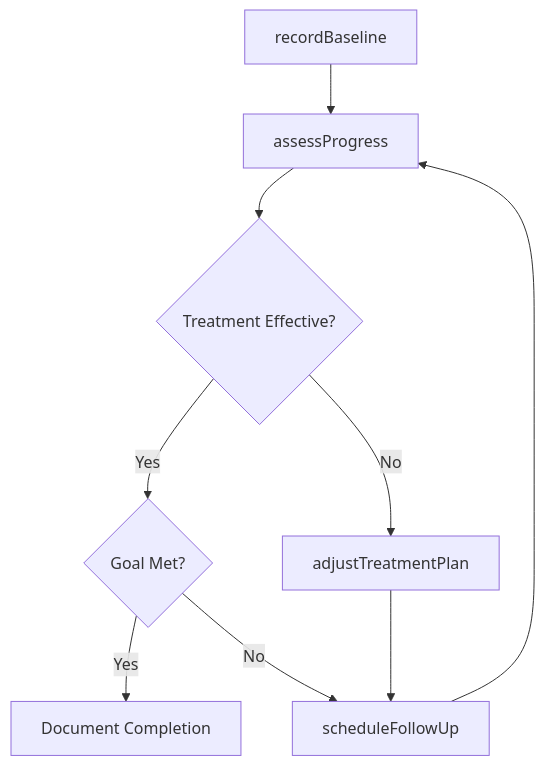
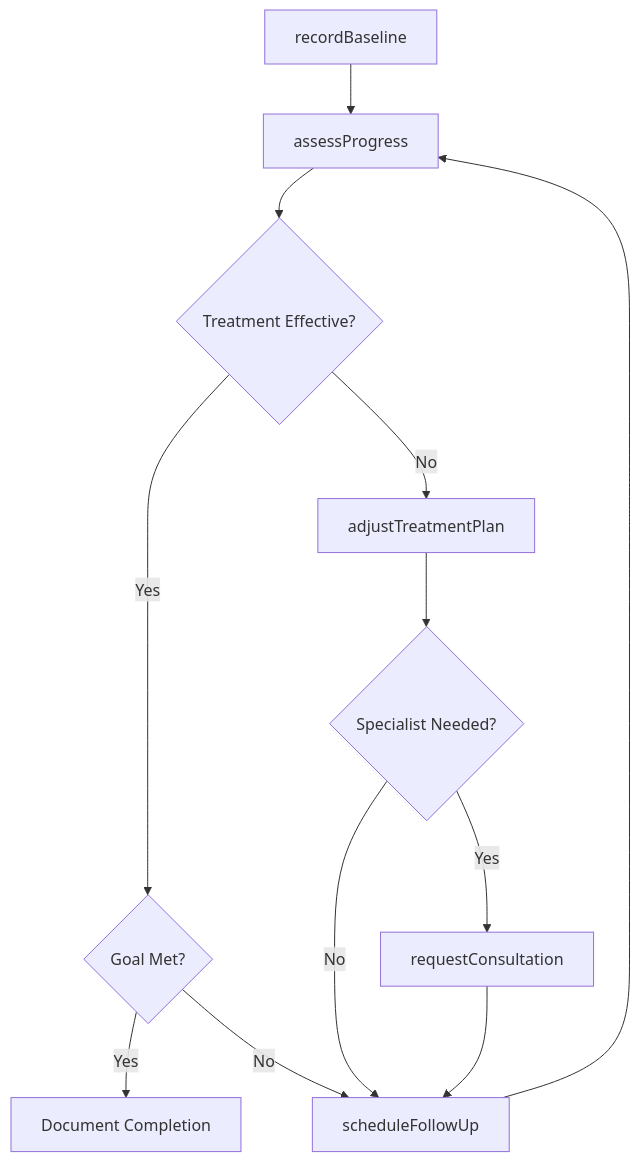
One commit to dot-org-ai/tasks.org.ai changed the third of 4 diagrams in MonitoringProcessesMaterialsOrSurroundings/MonitorHealthConditionsOfHumansOrAnimals/MonitorPatientProgressResponsesTreatments.mdx. Above: the diagram before and after it, drawn with Mermaid. The commit also changed other lines of this file and 504 other files, not shown here.

First line of the commit message:
feat: Add ER diagrams, state diagrams, and workflow improvements to 96 DWA task files

````diff
--- a/MonitoringProcessesMaterialsOrSurroundings/MonitorHealthConditionsOfHumansOrAnimals/MonitorPatientProgressResponsesTreatments.mdx
+++ b/MonitoringProcessesMaterialsOrSurroundings/MonitorHealthConditionsOfHumansOrAnimals/MonitorPatientProgressResponsesTreatments.mdx
@@ -87,11 +117,14 @@
 ```mermaid
 graph TD
     A[recordBaseline] --> B[assessProgress]
     B --> C{Treatment Effective?}
     C -->|Yes| D{Goal Met?}
     C -->|No| E[adjustTreatmentPlan]
     D -->|Yes| F[Document Completion]
     D -->|No| G[scheduleFollowUp]
-    E --> G
+    E --> H{Specialist Needed?}
+    H -->|Yes| I[requestConsultation]
+    H -->|No| G
+    I --> G
     G --> B
 ```
````
